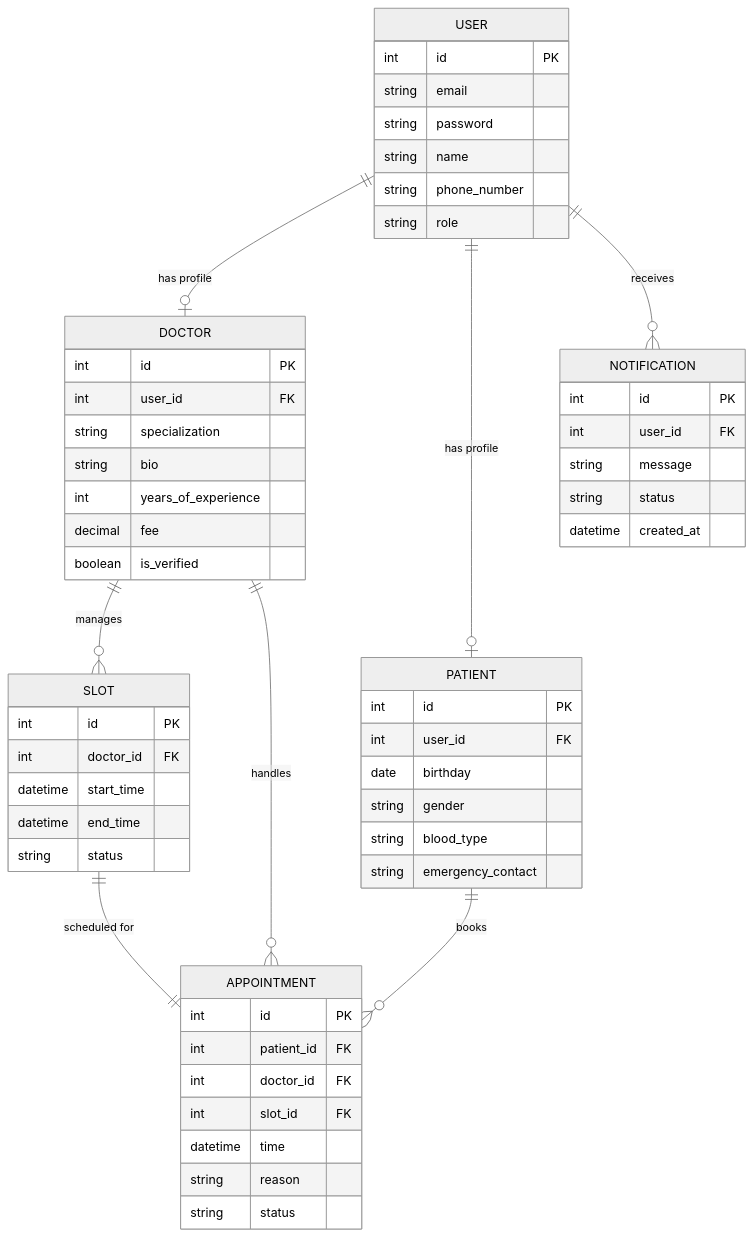
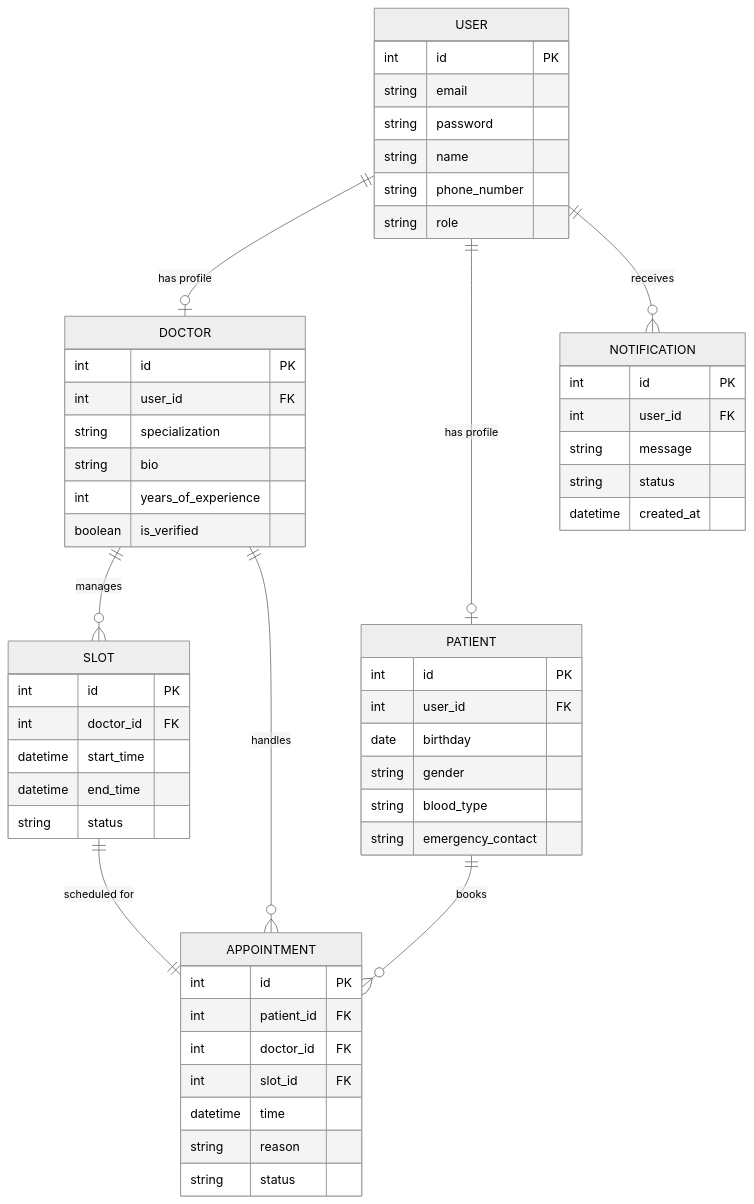
The diagram in Document/ER-DIAGRAM.mermaid (Vikas-Dr/schedula-vikasdr), drawn with Mermaid (neutral theme) before and after one commit. The commit also changed 27 other files, not shown here.

```diff
--- a/Document/ER-DIAGRAM.mermaid
+++ b/Document/ER-DIAGRAM.mermaid
@@ -1,62 +1,61 @@
 erDiagram
     USER ||--o| DOCTOR : "has profile"
     USER ||--o| PATIENT : "has profile"
     USER ||--o{ NOTIFICATION : "receives"
     DOCTOR ||--o{ SLOT : "manages"
     DOCTOR ||--o{ APPOINTMENT : "handles"
     PATIENT ||--o{ APPOINTMENT : "books"
     SLOT ||--|| APPOINTMENT : "scheduled for"
 
     USER {
         int id PK
         string email
         string password
         string name
         string phone_number
         string role
     }
 
     DOCTOR {
         int id PK
         int user_id FK
         string specialization
         string bio
         int years_of_experience
-        decimal fee
         boolean is_verified
     }
 
     PATIENT {
         int id PK
         int user_id FK
         date birthday
         string gender
         string blood_type
         string emergency_contact
     }
 
     SLOT {
         int id PK
         int doctor_id FK
         datetime start_time
         datetime end_time
         string status
     }
 
     APPOINTMENT {
         int id PK
         int patient_id FK
         int doctor_id FK
         int slot_id FK
         datetime time
         string reason
         string status
     }
 
     NOTIFICATION {
         int id PK
         int user_id FK
         string message
         string status
         datetime created_at
     }
```
